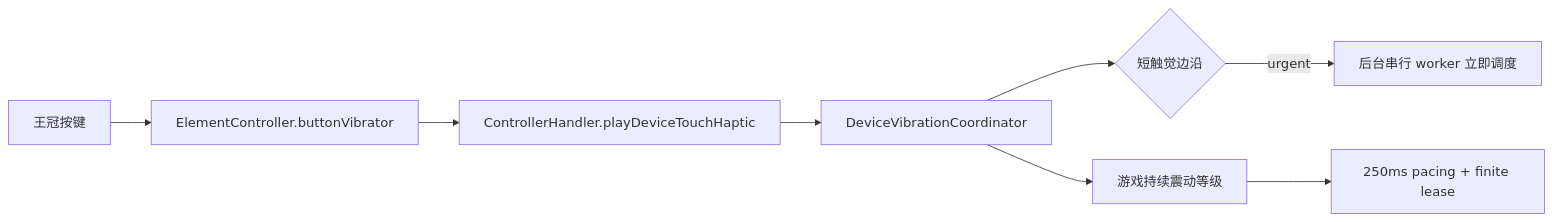
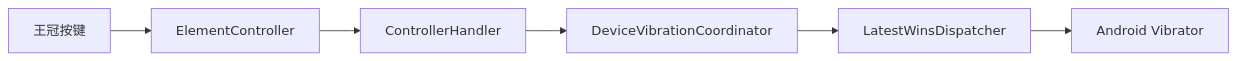
The first of 2 diagrams in docs/crown-touch-haptics-rfc.md (qiin2333/moonlight-vplus), drawn with Mermaid before and after one commit. The commit also changed other lines of this file, not shown here.

Commit message:
docs(haptics): formalize crown touch design

````diff
--- a/docs/crown-touch-haptics-rfc.md
+++ b/docs/crown-touch-haptics-rfc.md
@@ -19,10 +23,8 @@
 ```mermaid
 flowchart LR
-    A[王冠按键] --> B[ElementController.buttonVibrator]
-    B --> C[ControllerHandler.playDeviceTouchHaptic]
+    A[王冠按键] --> B[ElementController]
+    B --> C[ControllerHandler]
     C --> D[DeviceVibrationCoordinator]
-    D --> E{短触觉边沿}
-    E -->|urgent| F[后台串行 worker 立即调度]
-    D --> G[游戏持续震动等级]
-    G --> H[250ms pacing + finite lease]
+    D --> E[LatestWinsDispatcher]
+    E --> F[Android Vibrator]
 ```
````
